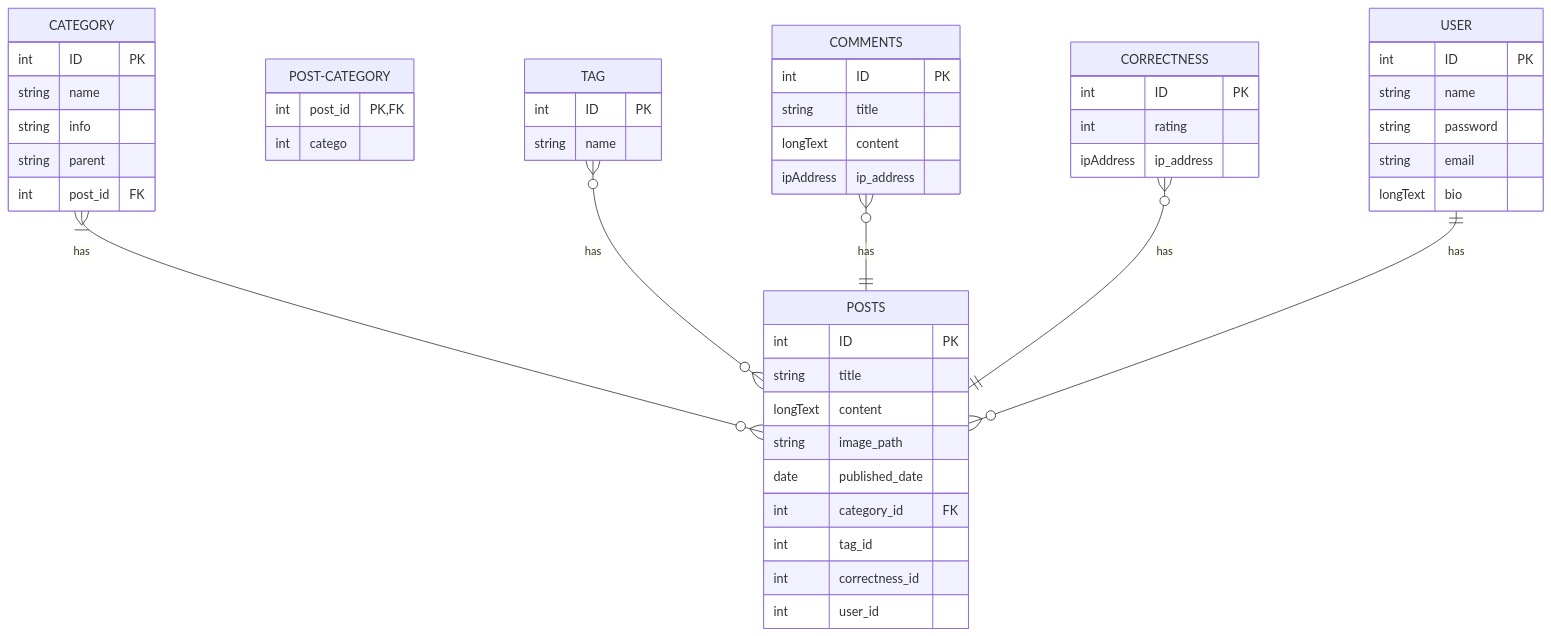
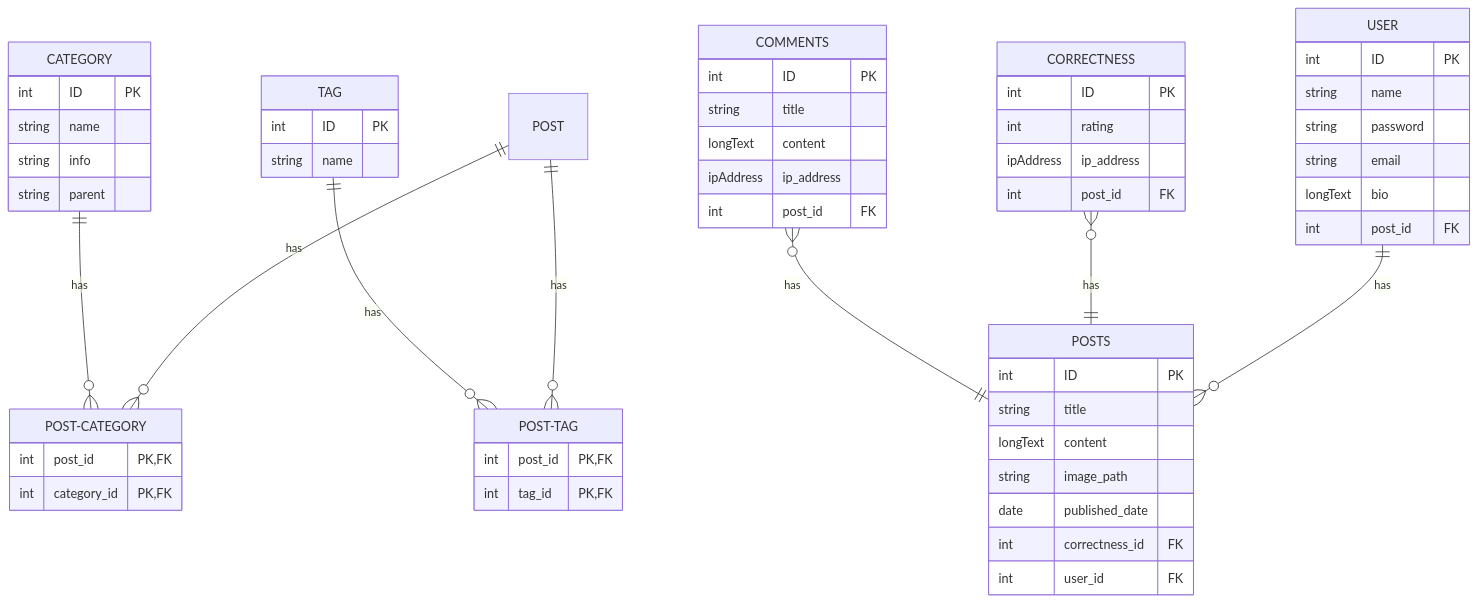
The diagram in Web Applications/Strings App.md (sd4483/Obsidian), drawn with Mermaid before and after one commit.

Commit message:
vault backup: 2023-03-05 10:32:56

````diff
--- a/Web Applications/Strings App.md
+++ b/Web Applications/Strings App.md
@@ -46,52 +46,58 @@
 ```mermaid
 erDiagram
 	CATEGORY {
 		int ID PK
 		string name
 		string info
 		string parent
-		int post_id FK
 	}
 	POSTS {
 		int ID PK
 		string title
 		longText content
 		string image_path
 		date published_date
-		int category_id FK
-		int tag_id
-		int correctness_id
-		int user_id
+		int correctness_id FK
+		int user_id FK
 	}
 	POST-CATEGORY {
 		int post_id PK, FK
-		int catego
+		int category_id PK, FK
 	}
 	TAG {
 		int ID PK
 		string name
+	}
+	POST-TAG {
+		int post_id PK, FK
+		int tag_id PK, FK
 	}
 	COMMENTS {
 		int ID PK
 		string title
 		longText content
 		ipAddress ip_address
+		int post_id FK
 	}
 	CORRECTNESS {
 		int ID PK
 		int rating
 		ipAddress ip_address
+		int post_id FK
 	}
 	USER {
 		int ID PK
 		string name
 		string password
 		string email
 		longText bio
+		int post_id FK
 	}
-	CATEGORY }|--o{ POSTS : has
-	TAG }o--o{ POSTS : has
+	CATEGORY ||--o{ POST-CATEGORY : has
+	POST ||--o{ POST-CATEGORY : has
+	TAG ||--o{ POST-TAG : has
+	POST ||--o{ POST-TAG : has
 	COMMENTS }o--|| POSTS : has
 	CORRECTNESS }o--|| POSTS : has
 	USER ||--o{ POSTS : has
 ```
````
